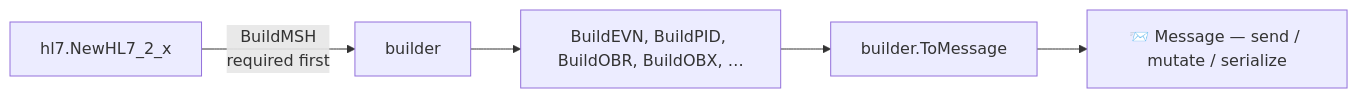
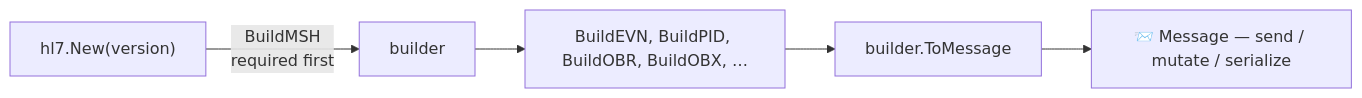
Before and after one commit to Bugs5382/go-hl7: the diagram in pages/client/builder/index.md, drawn with Mermaid. The commit also changed other lines of this file and 54 other files, not shown here.

````diff
--- a/pages/client/builder/index.md
+++ b/pages/client/builder/index.md
@@ -27,7 +27,7 @@
 ```mermaid
 flowchart LR
-    A[hl7.NewHL7_2_x] -- BuildMSH<br/>required first --> B[builder]
+    A["hl7.New(version)"] -- BuildMSH<br/>required first --> B[builder]
     B --> C[BuildEVN, BuildPID, BuildOBR, BuildOBX, …]
     C --> D[builder.ToMessage]
     D --> E["📨 Message — send / mutate / serialize"]
 ```
````
